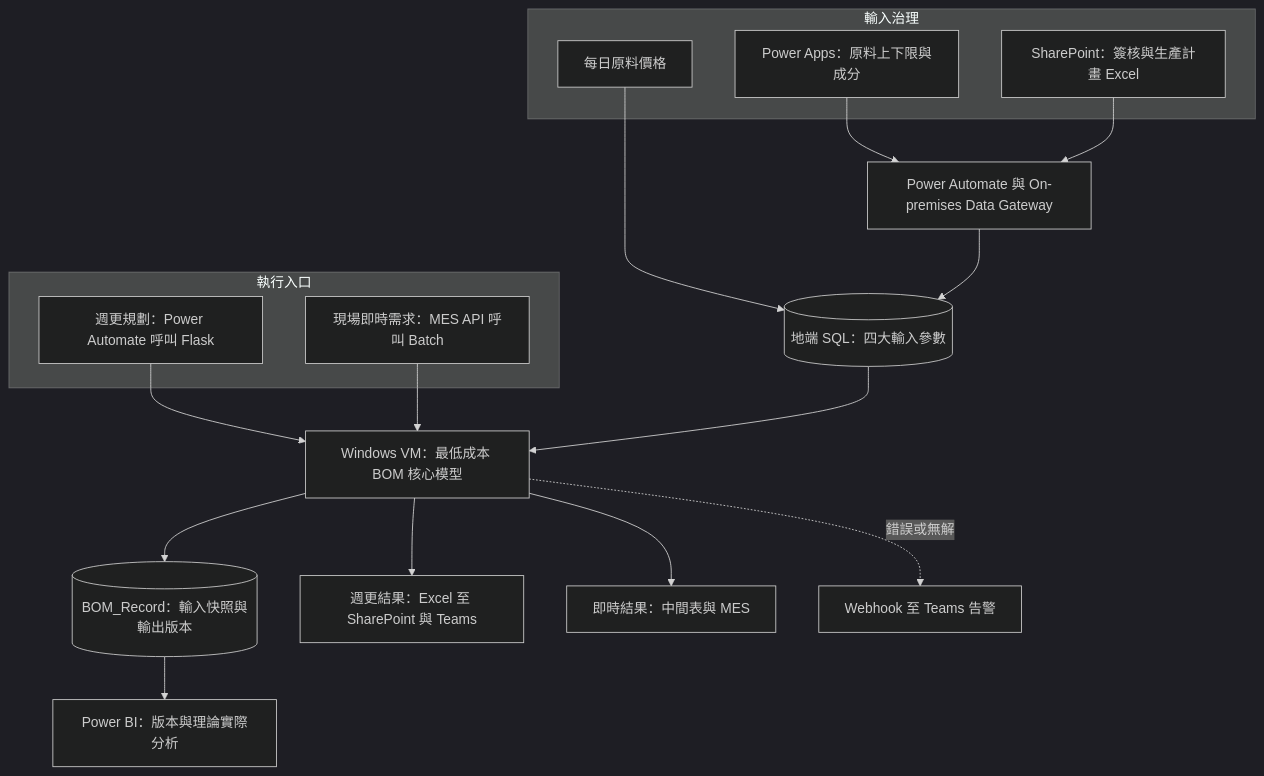
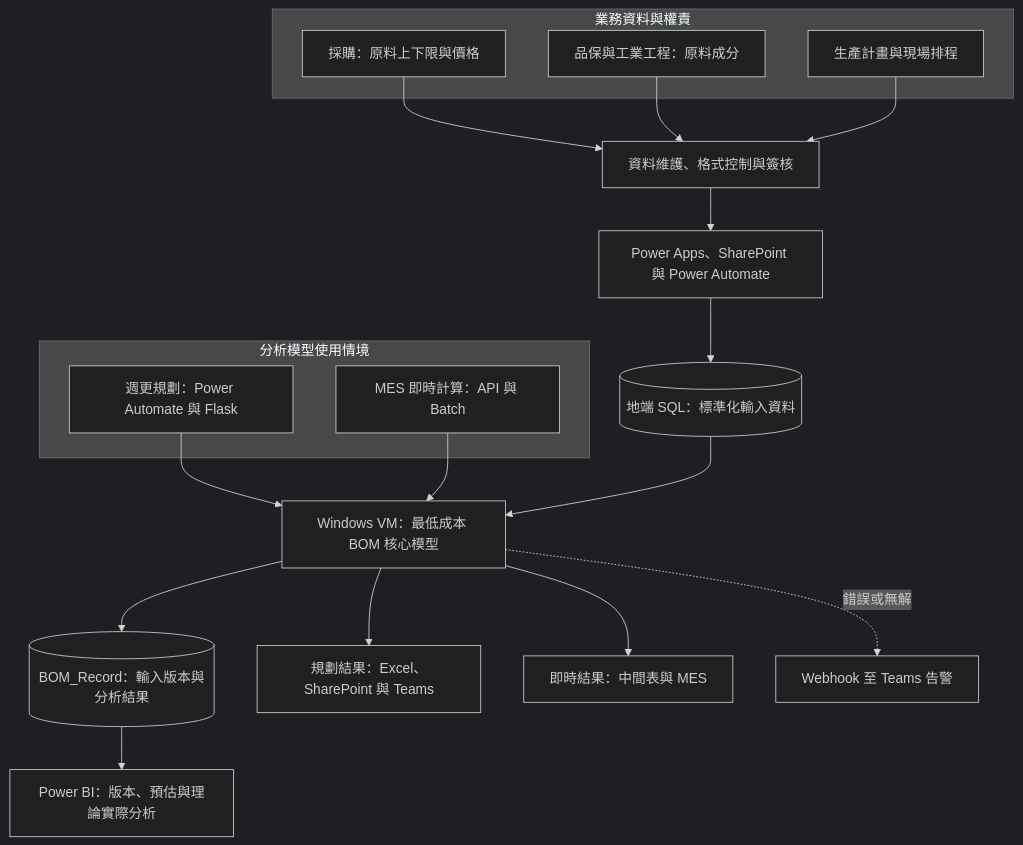
One commit to ChienChienChien/BOM_Management_Platform changed the diagram in README_ZH-TW.md. Above: the diagram before and after it, drawn with Mermaid (dark theme). The commit also changed other lines of this file, not shown here.

Commit message:
Refocus Chinese BOM case study on data and business analysis

````diff
--- a/README_ZH-TW.md
+++ b/README_ZH-TW.md
@@ -55,28 +65,29 @@
 ```mermaid
 flowchart TB
-    subgraph Input[輸入治理]
-        A[Power Apps：原料上下限與成分]
-        B[SharePoint：簽核與生產計畫 Excel]
-        C[每日原料價格]
+    subgraph Source[業務資料與權責]
+        A[採購：原料上下限與價格]
+        B[品保與工業工程：原料成分]
+        C[生產計畫與現場排程]
     end
 
-    A --> D[Power Automate 與 On-premises Data Gateway]
+    A --> D[資料維護、格式控制與簽核]
     B --> D
-    C --> E[(地端 SQL：四大輸入參數)]
-    D --> E
+    C --> D
+    D --> E[Power Apps、SharePoint 與 Power Automate]
+    E --> F[(地端 SQL：標準化輸入資料)]
 
-    subgraph Trigger[執行入口]
-        F[週更規劃：Power Automate 呼叫 Flask]
-        G[現場即時需求：MES API 呼叫 Batch]
+    subgraph UseCase[分析模型使用情境]
+        G[週更規劃：Power Automate 與 Flask]
+        H[MES 即時計算：API 與 Batch]
     end
 
-    F --> H[Windows VM：最低成本 BOM 核心模型]
-    G --> H
-    E --> H
+    G --> I[Windows VM：最低成本 BOM 核心模型]
+    H --> I
+    F --> I
 
-    H --> I[(BOM_Record：輸入快照與輸出版本)]
-    H --> J[週更結果：Excel 至 SharePoint 與 Teams]
-    H --> K[即時結果：中間表與 MES]
-    I --> L[Power BI：版本與理論實際分析]
-    H -. 錯誤或無解 .-> M[Webhook 至 Teams 告警]
+    I --> J[(BOM_Record：輸入版本與分析結果)]
+    I --> K[規劃結果：Excel、SharePoint 與 Teams]
+    I --> L[即時結果：中間表與 MES]
+    J --> M[Power BI：版本、預估與理論實際分析]
+    I -. 錯誤或無解 .-> N[Webhook 至 Teams 告警]
 ```
````
